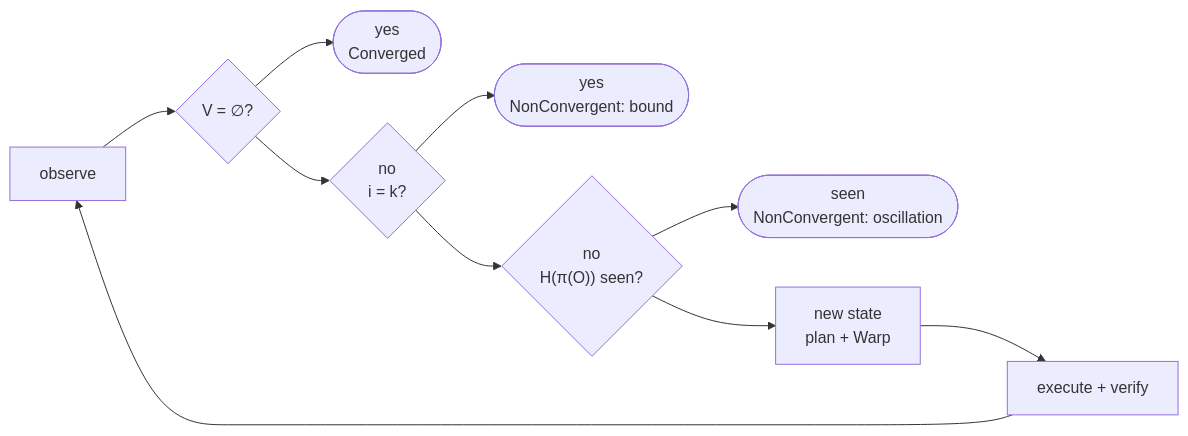
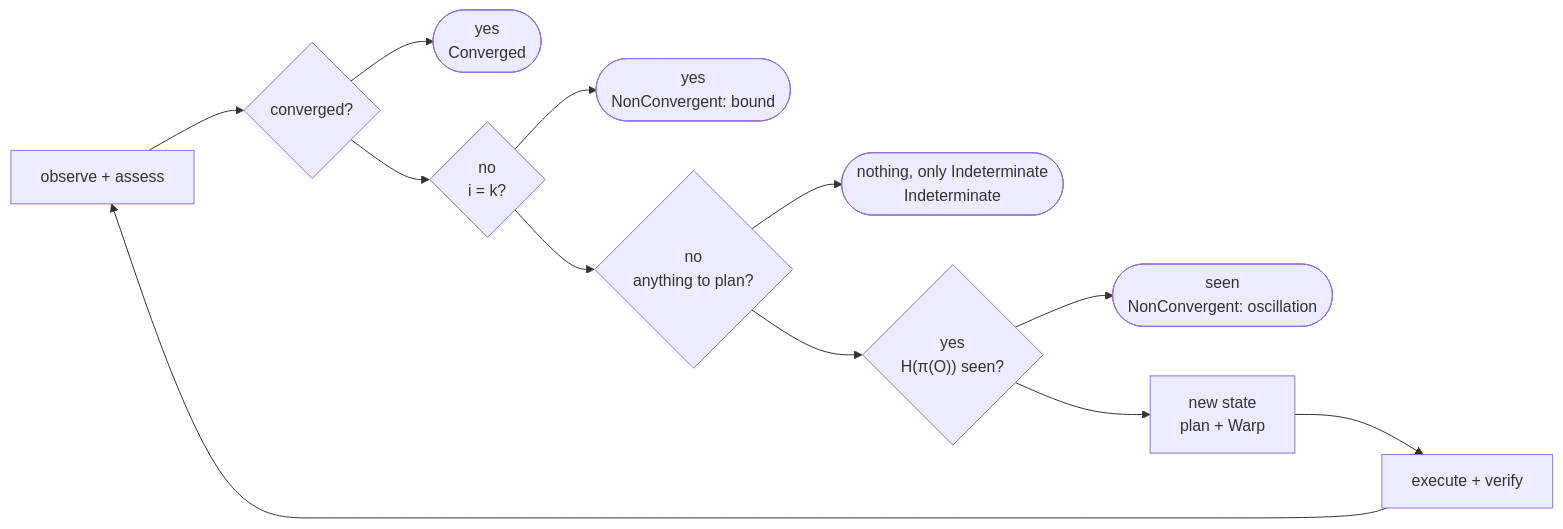
Before and after one commit to kmosoti/Nomos: the diagram in docs/formal/reconciliation.md, drawn with Mermaid. The commit also changed other lines of this file and 3 other files, not shown here.

````diff
--- a/docs/formal/reconciliation.md
+++ b/docs/formal/reconciliation.md
@@ -49,10 +78,12 @@
 ```mermaid
 flowchart LR
-    O["observe"] --> D{"V = ∅?"}
+    O["observe + assess"] --> D{"converged?"}
     D --> C(["yes<br/>Converged"])
     D --> K{"no<br/>i = k?"}
     K --> N2(["yes<br/>NonConvergent: bound"])
-    K --> Hs{"no<br/>H(π(O)) seen?"}
+    K --> V{"no<br/>anything to plan?"}
+    V --> I(["nothing, only Indeterminate<br/>Indeterminate"])
+    V --> Hs{"yes<br/>H(π(O)) seen?"}
     Hs --> N1(["seen<br/>NonConvergent: oscillation"])
     Hs --> P["new state<br/>plan + Warp"] --> X["execute + verify"] --> O
 ```
````
